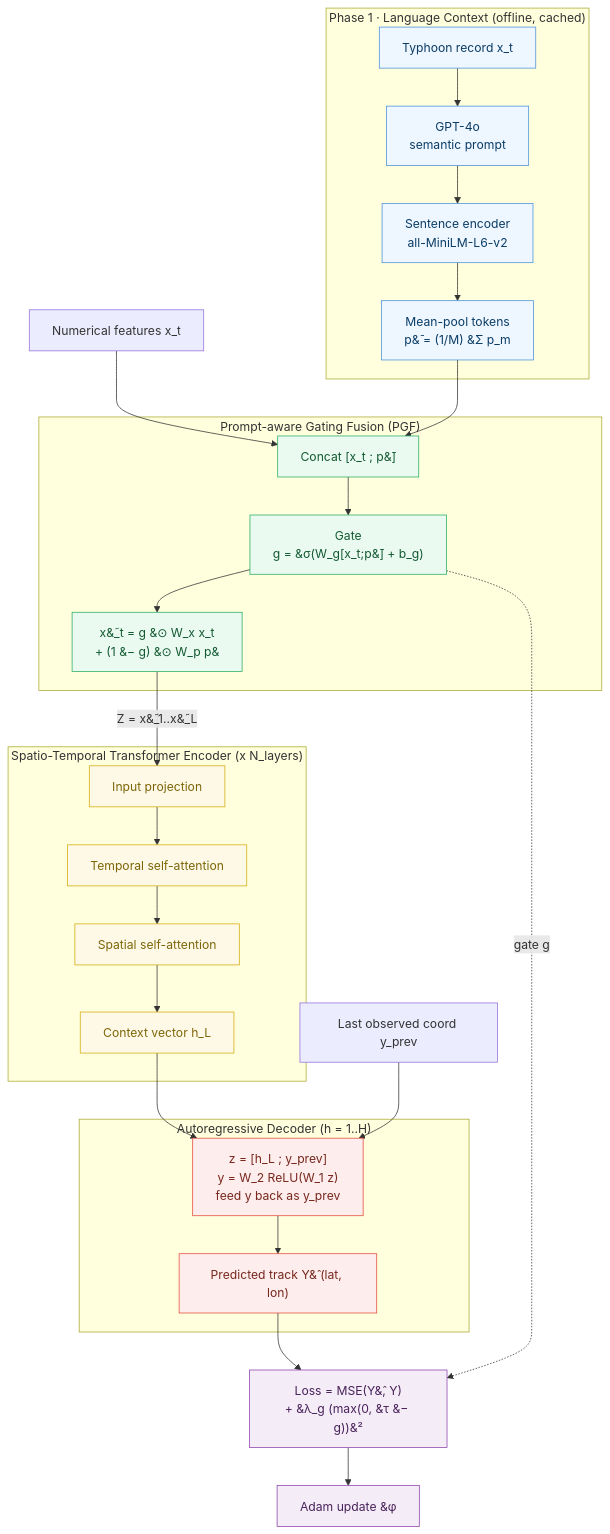
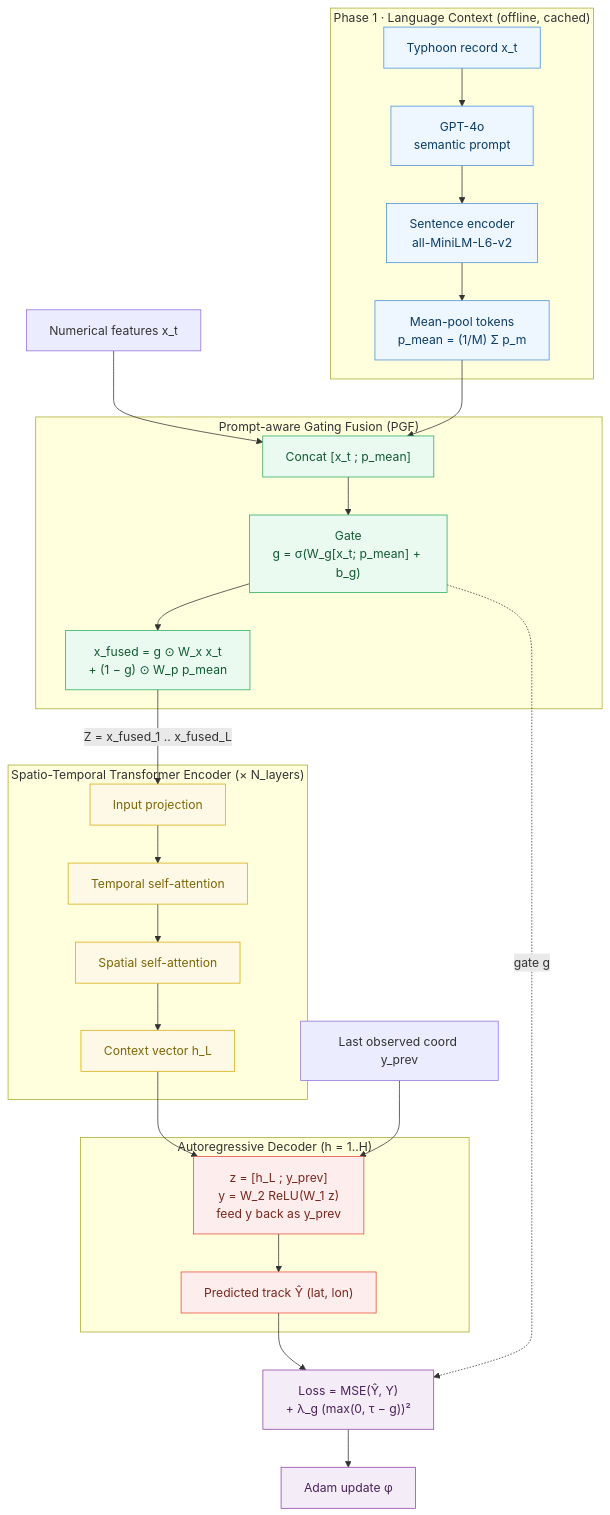
The diagram in README.md (danielsimonjr/TyphoFormer), drawn with Mermaid before and after one commit. The commit also changed other lines of this file and 2 other files, not shown here.

Commit message:
Render data-flow diagram as SVG image (with PNG fallback)
Mermaid code blocks do not render in viewers without Mermaid support
(e.g. the GitHub mobile app). Replace the inline mermaid block with a
pre-rendered figure:
- Render the diagram via mermaid-cli (pre-installed Chromium) to PDF, then
  pdftocairo to a path-based SVG whose glyphs are vector outlines, so text
  renders even when the SVG is embedded via <img> (foreignObject/text SVGs
  do not). Plus a high-res PNG fallback via <picture>.
- Replace HTML entities with real Unicode (Σ, σ, ⊙, −, Ŷ, λ, τ, φ, ²) and
  rename p̄->p_mean, x̃->x_fused to avoid combining-mark artifacts.
- Keep the (editable) mermaid source in a collapsible <details> block.

No README content now depends on Mermaid or math rendering.

Claude-Session: https://claude.ai/code/session_018fAjyoTrdWso5ejarEwgtV

````diff
--- a/README.md
+++ b/README.md
@@ -90,45 +100,45 @@
 ```mermaid
 flowchart TD
     subgraph PREP["Phase 1 · Language Context (offline, cached)"]
         R["Typhoon record x_t"] --> G["GPT-4o<br/>semantic prompt"]
         G --> TE["Sentence encoder<br/>all-MiniLM-L6-v2"]
-        TE --> MP["Mean-pool tokens<br/>p&#772; = (1/M) &#931; p_m"]
+        TE --> MP["Mean-pool tokens<br/>p_mean = (1/M) Σ p_m"]
     end
 
     X["Numerical features x_t"] --> CAT
     MP --> CAT
 
     subgraph PGF["Prompt-aware Gating Fusion (PGF)"]
-        CAT["Concat [x_t ; p&#772;]"] --> GATE["Gate<br/>g = &#963;(W_g[x_t;p&#772;] + b_g)"]
-        GATE --> BLEND["x&#771;_t = g &#8857; W_x x_t<br/>+ (1 &#8722; g) &#8857; W_p p&#772;"]
+        CAT["Concat [x_t ; p_mean]"] --> GATE["Gate<br/>g = σ(W_g[x_t; p_mean] + b_g)"]
+        GATE --> BLEND["x_fused = g ⊙ W_x x_t<br/>+ (1 − g) ⊙ W_p p_mean"]
     end
 
-    subgraph ENC["Spatio-Temporal Transformer Encoder (x N_layers)"]
+    subgraph ENC["Spatio-Temporal Transformer Encoder (× N_layers)"]
         IP["Input projection"] --> TA["Temporal self-attention"]
         TA --> SA["Spatial self-attention"]
         SA --> HL["Context vector h_L"]
     end
 
     subgraph DEC["Autoregressive Decoder (h = 1..H)"]
-        LOOP["z = [h_L ; y_prev]<br/>y = W_2 ReLU(W_1 z)<br/>feed y back as y_prev"] --> YHAT["Predicted track Y&#770; (lat, lon)"]
+        LOOP["z = [h_L ; y_prev]<br/>y = W_2 ReLU(W_1 z)<br/>feed y back as y_prev"] --> YHAT["Predicted track Ŷ (lat, lon)"]
     end
 
-    BLEND -->|"Z = x&#771;_1..x&#771;_L"| IP
+    BLEND -->|"Z = x_fused_1 .. x_fused_L"| IP
     HL --> LOOP
     YSEED["Last observed coord y_prev"] --> LOOP
 
-    YHAT --> LOSS["Loss = MSE(Y&#770;, Y)<br/>+ &#955;_g (max(0, &#964; &#8722; g))&#178;"]
+    YHAT --> LOSS["Loss = MSE(Ŷ, Y)<br/>+ λ_g (max(0, τ − g))²"]
     GATE -.->|"gate g"| LOSS
-    LOSS --> OPT["Adam update &#966;"]
+    LOSS --> OPT["Adam update φ"]
 
     classDef prep fill:#eef6ff,stroke:#4a90d9,color:#0b3d66;
     classDef fuse fill:#eafaf1,stroke:#27ae60,color:#145a32;
     classDef enc fill:#fef9e7,stroke:#d4ac0d,color:#7d6608;
     classDef dec fill:#fdedec,stroke:#e74c3c,color:#78281f;
     classDef train fill:#f4ecf7,stroke:#8e44ad,color:#4a235a;
     class R,G,TE,MP prep;
     class CAT,GATE,BLEND fuse;
     class IP,TA,SA,HL enc;
     class LOOP,YHAT dec;
     class LOSS,OPT train;
 ```
````
